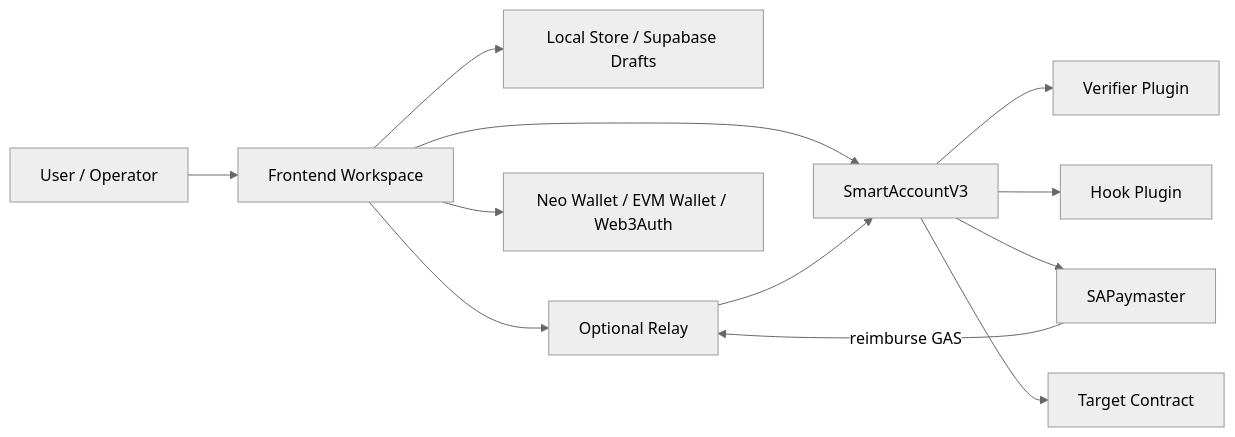
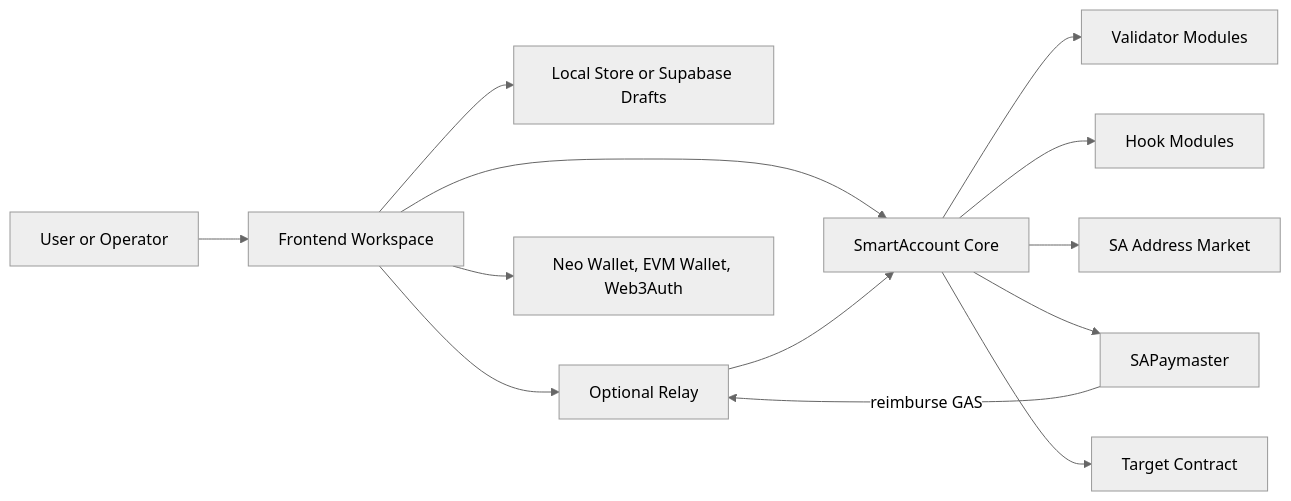
The first of 4 diagrams in frontend/src/assets/docs/architecture.md (r3e-network/neo-os-aa), drawn with Mermaid (neutral theme) before and after one commit. The commit also changed other lines of this file and 425 other files, not shown here.

````diff
--- a/frontend/src/assets/docs/architecture.md
+++ b/frontend/src/assets/docs/architecture.md
@@ -7,25 +8,27 @@
 ```mermaid
 flowchart LR
-  User[User / Operator]
+  User[User or Operator]
   Browser[Frontend Workspace]
-  Drafts[Local Store / Supabase Drafts]
+  Drafts[Local Store or Supabase Drafts]
   Relay[Optional Relay]
-  Wallets[Neo Wallet / EVM Wallet / Web3Auth]
-  Core[SmartAccountV3]
-  Verifier[Verifier Plugin]
-  Hook[Hook Plugin]
+  Wallets[Neo Wallet, EVM Wallet, Web3Auth]
+  Core[SmartAccount Core]
+  ValidatorModule[Validator Modules]
+  HookModule[Hook Modules]
   Paymaster[SAPaymaster]
+  Marketplace[SA Address Market]
   Target[Target Contract]
 
   User --> Browser
   Browser --> Wallets
   Browser --> Drafts
   Browser --> Relay
   Browser --> Core
   Relay --> Core
-  Core --> Verifier
-  Core --> Hook
+  Core --> ValidatorModule
+  Core --> HookModule
+  Core --> Marketplace
   Core --> Paymaster
   Paymaster -->|reimburse GAS| Relay
   Core --> Target
 ```
````
